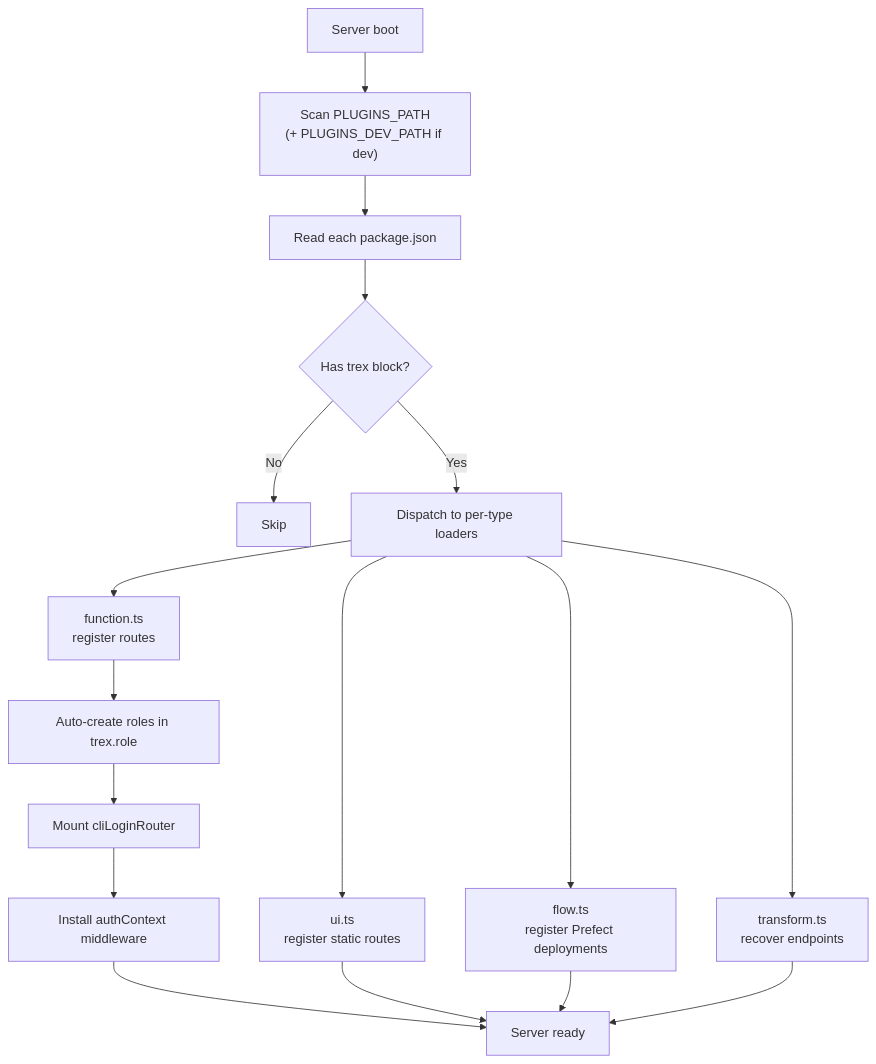
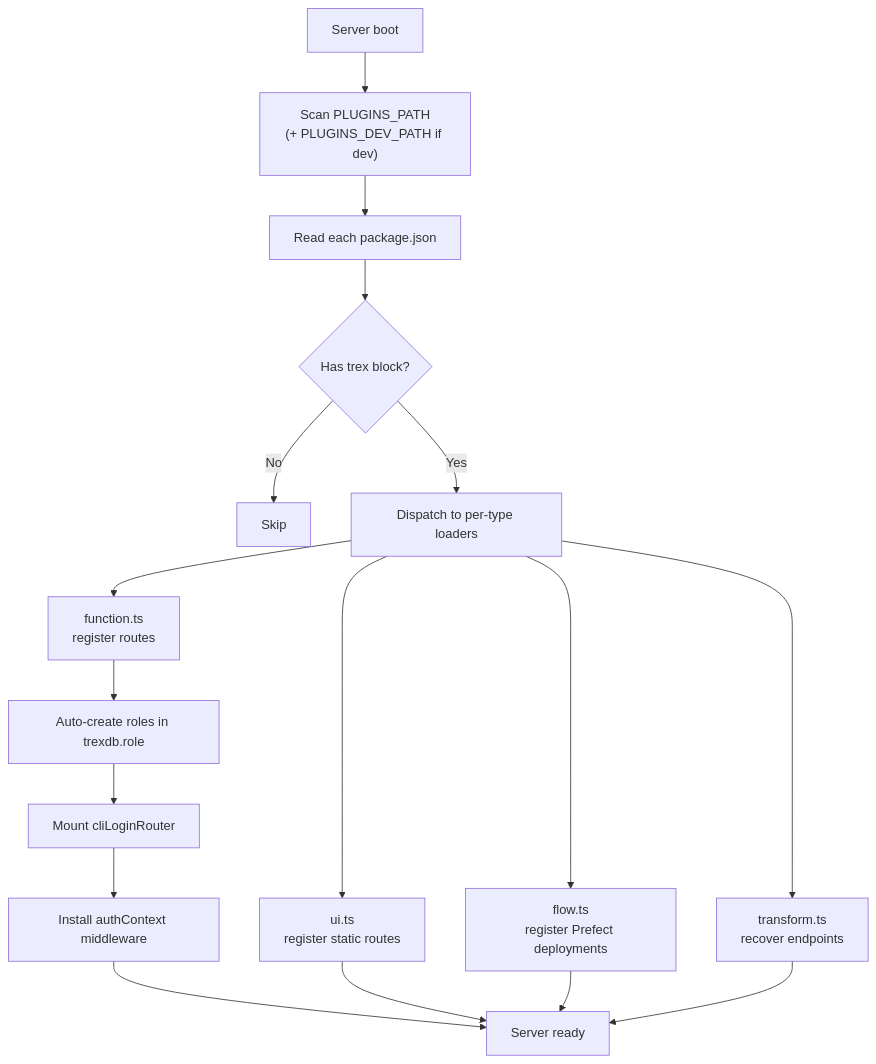
Before and after one commit to OHDSI/trex: the first of 2 diagrams in plugins/docs/docs/concepts/plugin-system.md, drawn with Mermaid. The commit also changed other lines of this file and 41 other files, not shown here.

````diff
--- a/plugins/docs/docs/concepts/plugin-system.md
+++ b/plugins/docs/docs/concepts/plugin-system.md
@@ -40,19 +47,19 @@
 ```mermaid
 flowchart TD
     Boot["Server boot"] --> Scan["Scan PLUGINS_PATH<br/>(+ PLUGINS_DEV_PATH if dev)"]
     Scan --> ReadPkg["Read each package.json"]
     ReadPkg --> Decide{Has trex block?}
     Decide -->|No| Ignore[Skip]
     Decide -->|Yes| Loaders["Dispatch to per-type loaders"]
     Loaders --> Fns["function.ts<br/>register routes"]
     Loaders --> UI["ui.ts<br/>register static routes"]
     Loaders --> Flow["flow.ts<br/>register Prefect deployments"]
     Loaders --> Tx["transform.ts<br/>recover endpoints"]
-    Fns --> EnsureRoles["Auto-create roles in trex.role"]
+    Fns --> EnsureRoles["Auto-create roles in trexdb.role"]
     EnsureRoles --> CliLogin["Mount cliLoginRouter"]
     CliLogin --> AuthCtx["Install authContext middleware"]
     AuthCtx --> Ready["Server ready"]
     UI --> Ready
     Flow --> Ready
     Tx --> Ready
 ```
````
